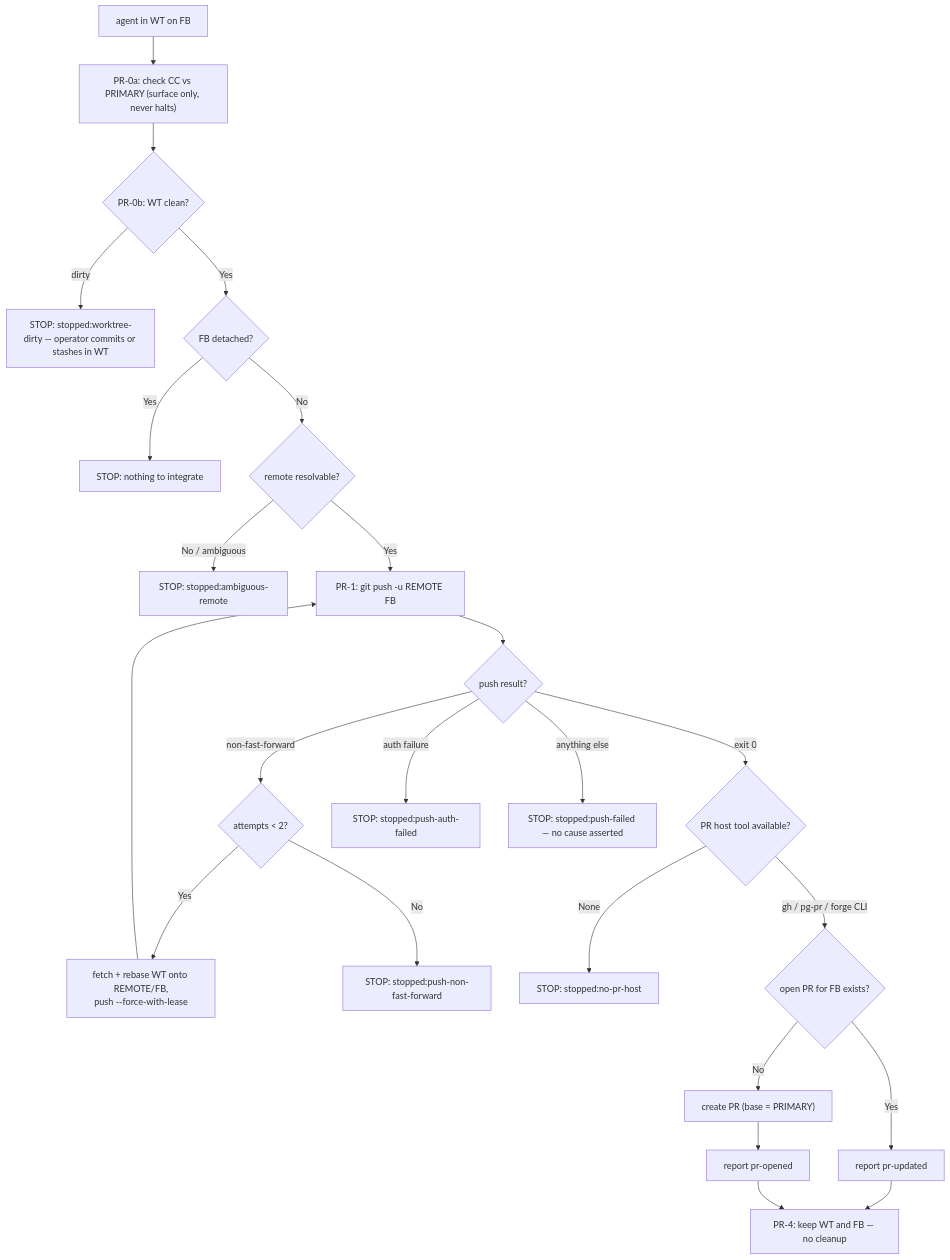
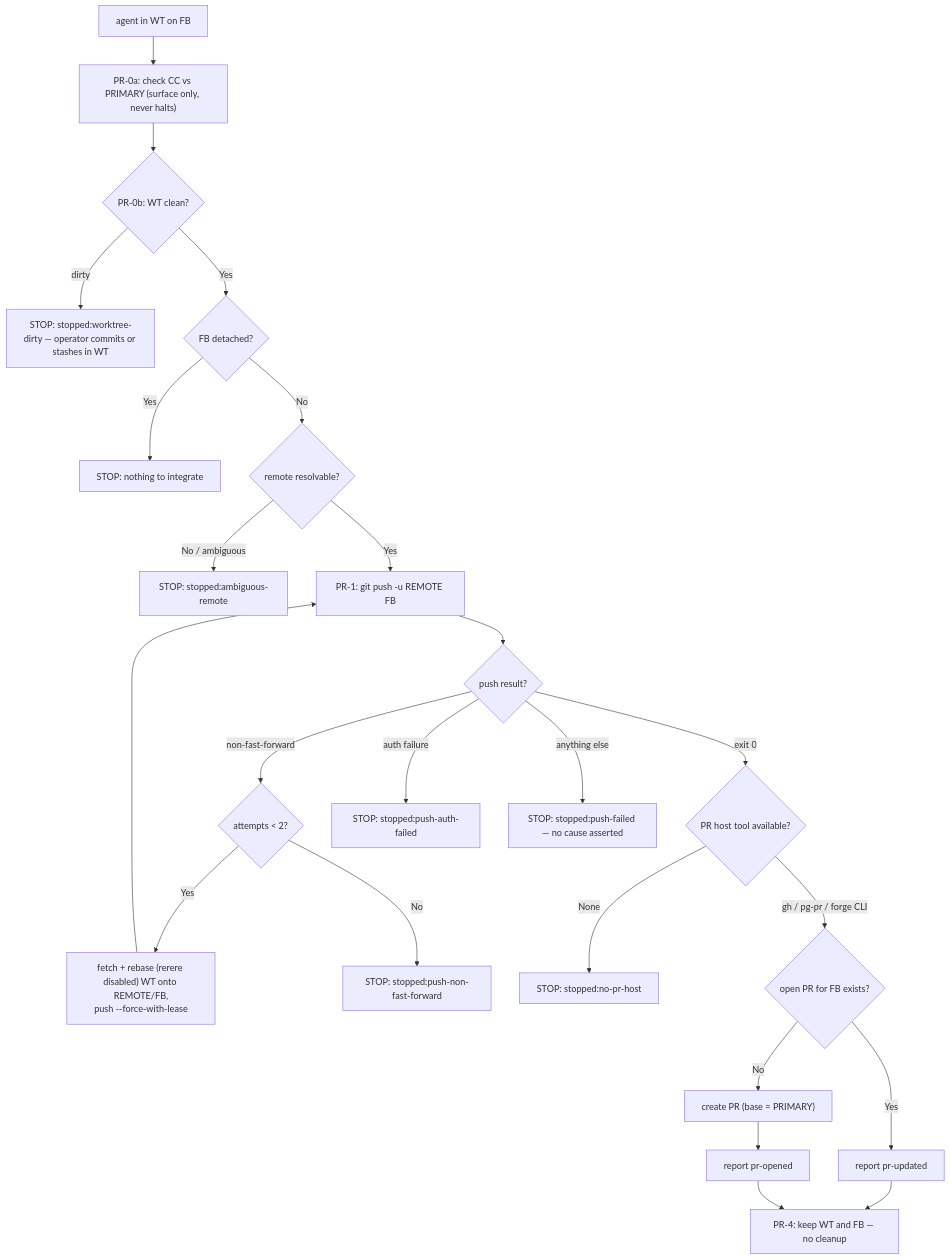
Before and after one commit to phillipgreenii/nix-agent-support: the diagram in claude-marketplace/integrate-branch/skills/pull-request/SKILL.md, drawn with Mermaid. The commit also changed other lines of this file and 1 other file, not shown here.

````diff
--- a/claude-marketplace/integrate-branch/skills/pull-request/SKILL.md
+++ b/claude-marketplace/integrate-branch/skills/pull-request/SKILL.md
@@ -257,24 +263,24 @@
 ```mermaid
 flowchart TD
     A["agent in WT on FB"] --> P0A["PR-0a: check CC vs PRIMARY (surface only, never halts)"]
     P0A --> P0B{"PR-0b: WT clean?"}
     P0B -->|"dirty"| S7["STOP: stopped:worktree-dirty — operator commits or stashes in WT"]
     P0B -->|Yes| D{"FB detached?"}
     D -->|Yes| S0[STOP: nothing to integrate]
     D -->|No| R{"remote resolvable?"}
     R -->|No / ambiguous| S1[STOP: stopped:ambiguous-remote]
     R -->|Yes| PUSH["PR-1: git push -u REMOTE FB"]
     PUSH --> PRES{"push result?"}
     PRES -->|"exit 0"| HOST{"PR host tool available?"}
     PRES -->|"non-fast-forward"| RETRY{"attempts < 2?"}
-    RETRY -->|Yes| REB["fetch + rebase WT onto REMOTE/FB,\npush --force-with-lease"] --> PUSH
+    RETRY -->|Yes| REB["fetch + rebase (rerere disabled) WT onto REMOTE/FB,\npush --force-with-lease"] --> PUSH
     RETRY -->|No| S8["STOP: stopped:push-non-fast-forward"]
     PRES -->|"auth failure"| S9["STOP: stopped:push-auth-failed"]
     PRES -->|"anything else"| S10["STOP: stopped:push-failed — no cause asserted"]
     HOST -->|None| S2[STOP: stopped:no-pr-host]
     HOST -->|gh / pg-pr / forge CLI| PROBE{"open PR for FB exists?"}
     PROBE -->|Yes| UPD["report pr-updated"]
     PROBE -->|No| CREATE["create PR (base = PRIMARY)"] --> OPEN["report pr-opened"]
     UPD --> KEEP["PR-4: keep WT and FB — no cleanup"]
     OPEN --> KEEP
 ```
````
